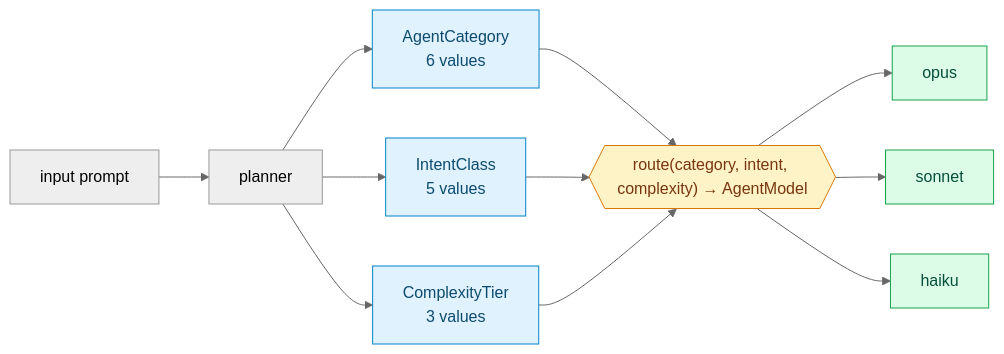
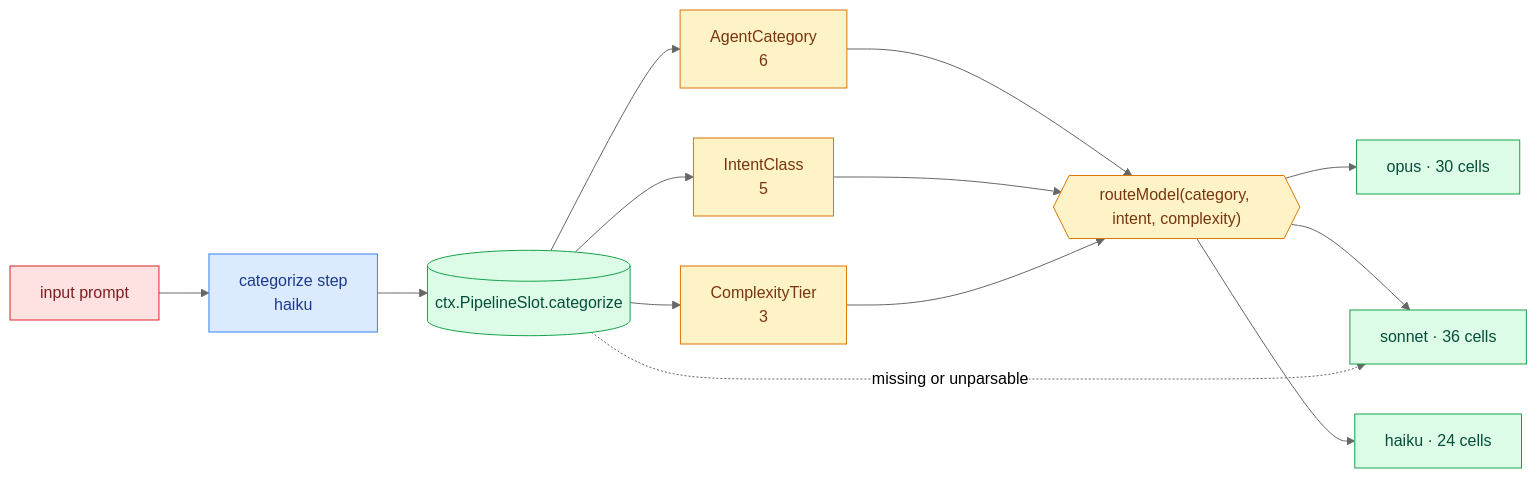
One commit to MakerPact/claudart changed the third of 7 diagrams in README.md. Above: the diagram before and after it, drawn with Mermaid (neutral theme). The commit also changed other lines of this file, not shown here.

````diff
--- a/README.md
+++ b/README.md
@@ -286,14 +224,18 @@
 ```mermaid
 flowchart LR
-  In[input prompt] --> P[planner]
-  P --> A[AgentCategory<br/>6 values]:::ax
-  P --> I[IntentClass<br/>5 values]:::ax
-  P --> C[ComplexityTier<br/>3 values]:::ax
-  A & I & C --> T{{"route(category, intent, complexity) → AgentModel"}}:::fn
-  T --> Op[opus]:::m
-  T --> So[sonnet]:::m
-  T --> Hk[haiku]:::m
-  classDef ax fill:#e0f2fe,color:#0c4a6e,stroke:#0284c7
+  In[input prompt]:::raw --> Cat[categorize step<br/>haiku]:::ext
+  Cat --> Slot[(ctx.PipelineSlot.categorize)]:::state
+  Slot --> A[AgentCategory<br/>6]:::fn
+  Slot --> I[IntentClass<br/>5]:::fn
+  Slot --> C[ComplexityTier<br/>3]:::fn
+  A & I & C --> T{{"routeModel(category, intent, complexity)"}}:::fn
+  T --> Op[opus · 30 cells]:::state
+  T --> So[sonnet · 36 cells]:::state
+  T --> Hk[haiku · 24 cells]:::state
+  Slot -.->|missing or unparsable| So
+  classDef state fill:#dcfce7,color:#064e3b,stroke:#16a34a
+  classDef cmd fill:#e0f2fe,color:#0c4a6e,stroke:#0284c7
   classDef fn fill:#fef3c7,color:#78350f,stroke:#d97706
-  classDef m fill:#dcfce7,color:#064e3b,stroke:#16a34a
+  classDef ext fill:#dbeafe,color:#1e3a8a,stroke:#3b82f6
+  classDef raw fill:#fee2e2,color:#7f1d1d,stroke:#dc2626
 ```
````
